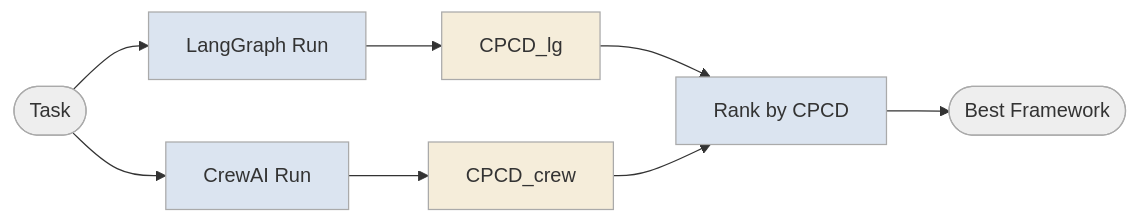
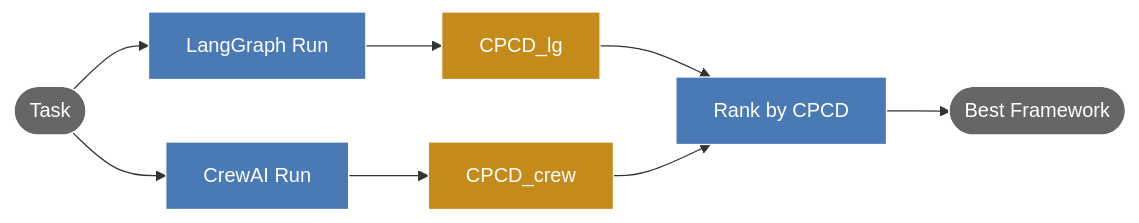
The diagram in decision-econ/[cpcd]-[multi]-[ollama]/README.md (inbravo/agent-bench), drawn with Mermaid before and after one commit. The commit also changed 10 other files, not shown here.

First line of the commit message:
fix: improve Mermaid diagram contrast for GitHub dark mode

````diff
--- a/decision-econ/[cpcd]-[multi]-[ollama]/README.md
+++ b/decision-econ/[cpcd]-[multi]-[ollama]/README.md
@@ -8,18 +8,18 @@
 ```mermaid
 flowchart LR
     A([Task]) --> B[LangGraph Run]
     A --> C[CrewAI Run]
     B --> D[CPCD_lg]
     C --> E[CPCD_crew]
     D --> F[Rank by CPCD]
     E --> F
     F --> G([Best Framework])
 
-    style A fill:#eeeeee,stroke:#aaa
-    style B fill:#dbe4f0,stroke:#aaa
-    style C fill:#dbe4f0,stroke:#aaa
-    style D fill:#f5edda,stroke:#aaa
-    style E fill:#f5edda,stroke:#aaa
-    style F fill:#dbe4f0,stroke:#aaa
-    style G fill:#eeeeee,stroke:#aaa
+    style A fill:#666666,stroke:#fff,color:#fff
+    style B fill:#4a7ab5,stroke:#fff,color:#fff
+    style C fill:#4a7ab5,stroke:#fff,color:#fff
+    style D fill:#c48a1a,stroke:#fff,color:#fff
+    style E fill:#c48a1a,stroke:#fff,color:#fff
+    style F fill:#4a7ab5,stroke:#fff,color:#fff
+    style G fill:#666666,stroke:#fff,color:#fff
 ```
````
